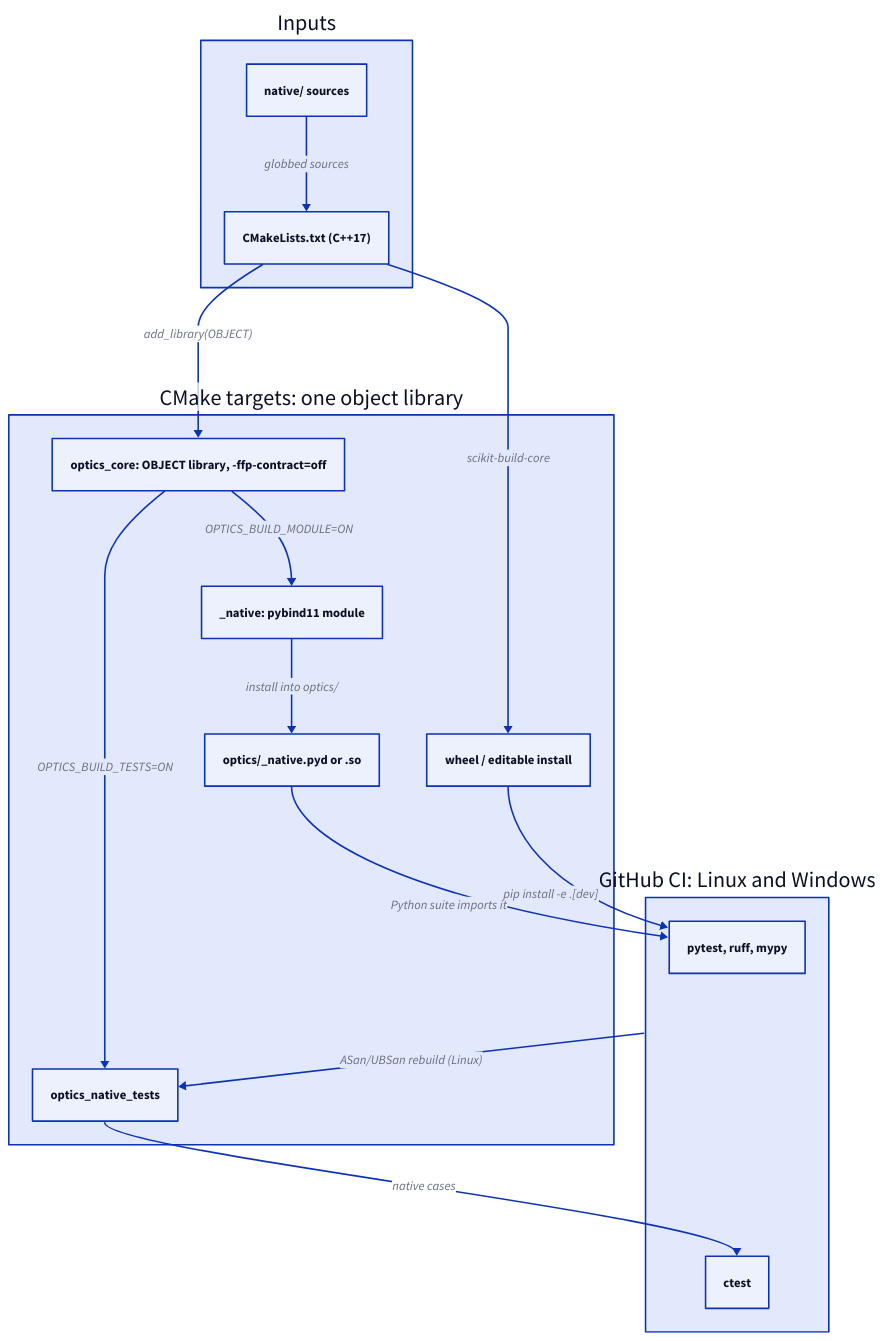
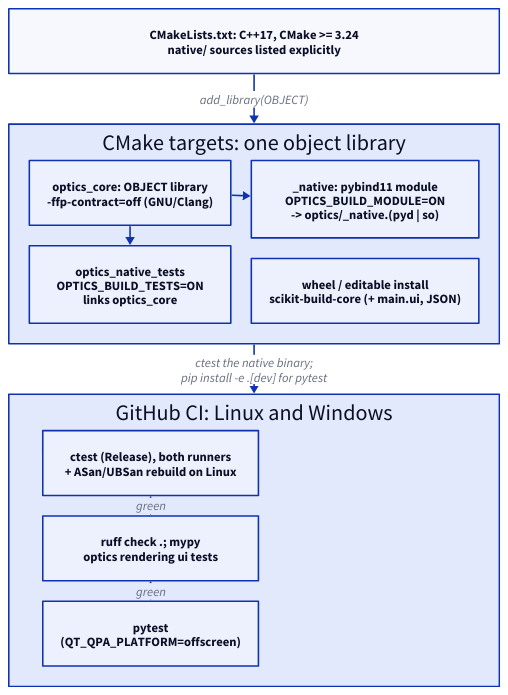
Before and after one commit to propane865/OpticsSimulator: the diagram in docs/diagrams/build-pipeline.d2, drawn with D2. The commit also changed 16 other files, not shown here.

Commit message:
docs: update diagrams and architecture

```diff
--- a/docs/diagrams/build-pipeline.d2
+++ b/docs/diagrams/build-pipeline.d2
@@ -1,32 +1,30 @@
-direction: down
+grid-rows: 3
+grid-gap: 64
 
-inputs: "Inputs" {
-  src: "native/ sources"
-  cmake: "CMakeLists.txt (C++17)"
+cmake: "CMakeLists.txt: C++17, CMake >= 3.24\nnative/ sources listed explicitly"
 
-  src -> cmake: "globbed sources"
+targets: "CMake targets: one object library" {
+  grid-columns: 2
+  grid-gap: 26
+  core: "optics_core: OBJECT library\n-ffp-contract=off (GNU/Clang)"
+  ntests: "optics_native_tests\nOPTICS_BUILD_TESTS=ON\nlinks optics_core"
+  mod: "_native: pybind11 module\nOPTICS_BUILD_MODULE=ON\n-> optics/_native.(pyd | so)"
+  wheel: "wheel / editable install\nscikit-build-core (+ main.ui, JSON)"
+
+  core -> ntests
+  core -> mod
 }
 
-targets: "CMake targets: one object library" {
-  core: "optics_core: OBJECT library, -ffp-contract=off"
-  abi: "_native: pybind11 module"
-  mod: "optics/_native.pyd or .so"
-  ntests: optics_native_tests
-  wheel: "wheel / editable install"
+ci: "GitHub CI: Linux and Windows" {
+  grid-rows: 3
+  grid-gap: 26
+  ctest: "ctest (Release), both runners\n+ ASan/UBSan rebuild on Linux"
+  lint: "ruff check .; mypy\noptics rendering ui tests"
+  pytest: "pytest\n(QT_QPA_PLATFORM=offscreen)"
 
-  core -> abi: OPTICS_BUILD_MODULE=ON
-  abi -> mod: "install into optics/"
-  core -> ntests: OPTICS_BUILD_TESTS=ON
+  ctest -> lint: green
+  lint -> pytest: green
 }
 
-gates: "GitHub CI: Linux and Windows" {
-  ctest: ctest
-  pytest: "pytest, ruff, mypy"
-}
-
-inputs.cmake -> targets.core: "add_library(OBJECT)"
-inputs.cmake -> targets.wheel: scikit-build-core
-targets.mod -> gates.pytest: "Python suite imports it"
-targets.ntests -> gates.ctest: "native cases"
-targets.wheel -> gates.pytest: "pip install -e .[dev]"
-gates -> targets.ntests: "ASan/UBSan rebuild (Linux)"
+cmake -> targets: add_library(OBJECT)
+targets -> ci: "ctest the native binary;\npip install -e .[dev] for pytest"
```
